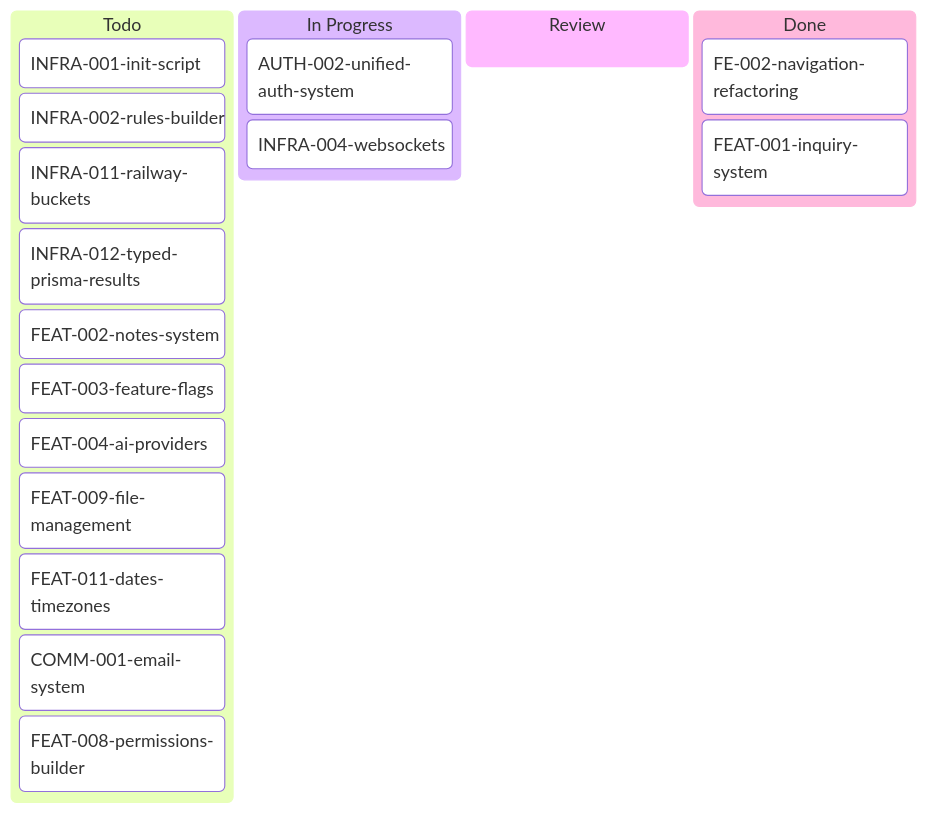
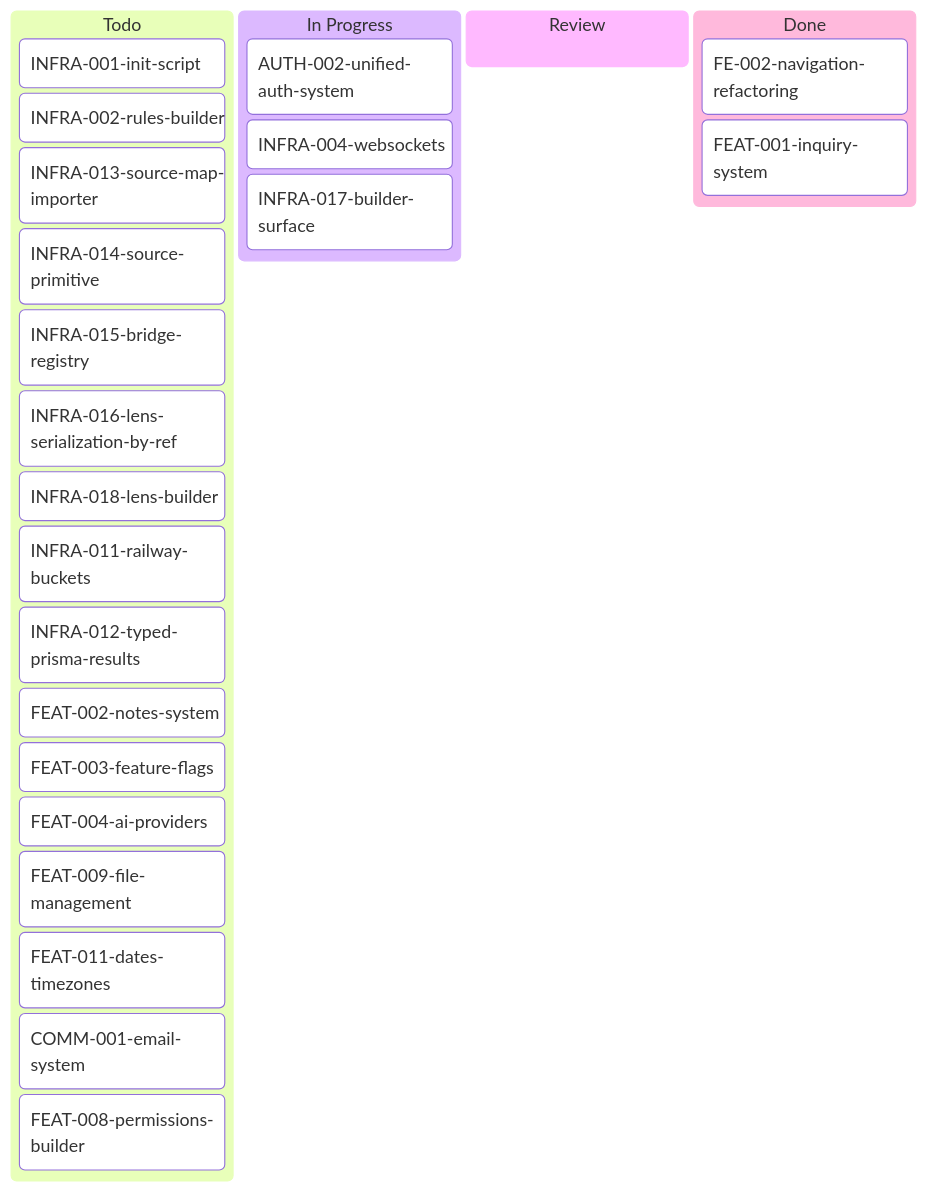
The diagram in tickets/kanban-aron.md (inixiative/template), drawn with Mermaid before and after one commit. The commit also changed other lines of this file and 7 other files, not shown here.

First line of the commit message:
tickets: rules/lens platform roadmap (INFRA-002, 013–018)

````diff
--- a/tickets/kanban-aron.md
+++ b/tickets/kanban-aron.md
@@ -3,27 +3,33 @@
 ```mermaid
 ---
 config:
   kanban:
     ticketBaseUrl: 'https://github.com/yourorg/template/blob/main/tickets/#TICKET#'
 ---
 kanban
   Todo
     INFRA-001-init-script
     INFRA-002-rules-builder
+    INFRA-013-source-map-importer
+    INFRA-014-source-primitive
+    INFRA-015-bridge-registry
+    INFRA-016-lens-serialization-by-ref
+    INFRA-018-lens-builder
     INFRA-011-railway-buckets
     INFRA-012-typed-prisma-results
     FEAT-002-notes-system
     FEAT-003-feature-flags
     FEAT-004-ai-providers
     FEAT-009-file-management
     FEAT-011-dates-timezones
     COMM-001-email-system
     FEAT-008-permissions-builder
   In Progress
     AUTH-002-unified-auth-system
     INFRA-004-websockets
+    INFRA-017-builder-surface
   Review
   Done
     FE-002-navigation-refactoring
     FEAT-001-inquiry-system
 ```
````
